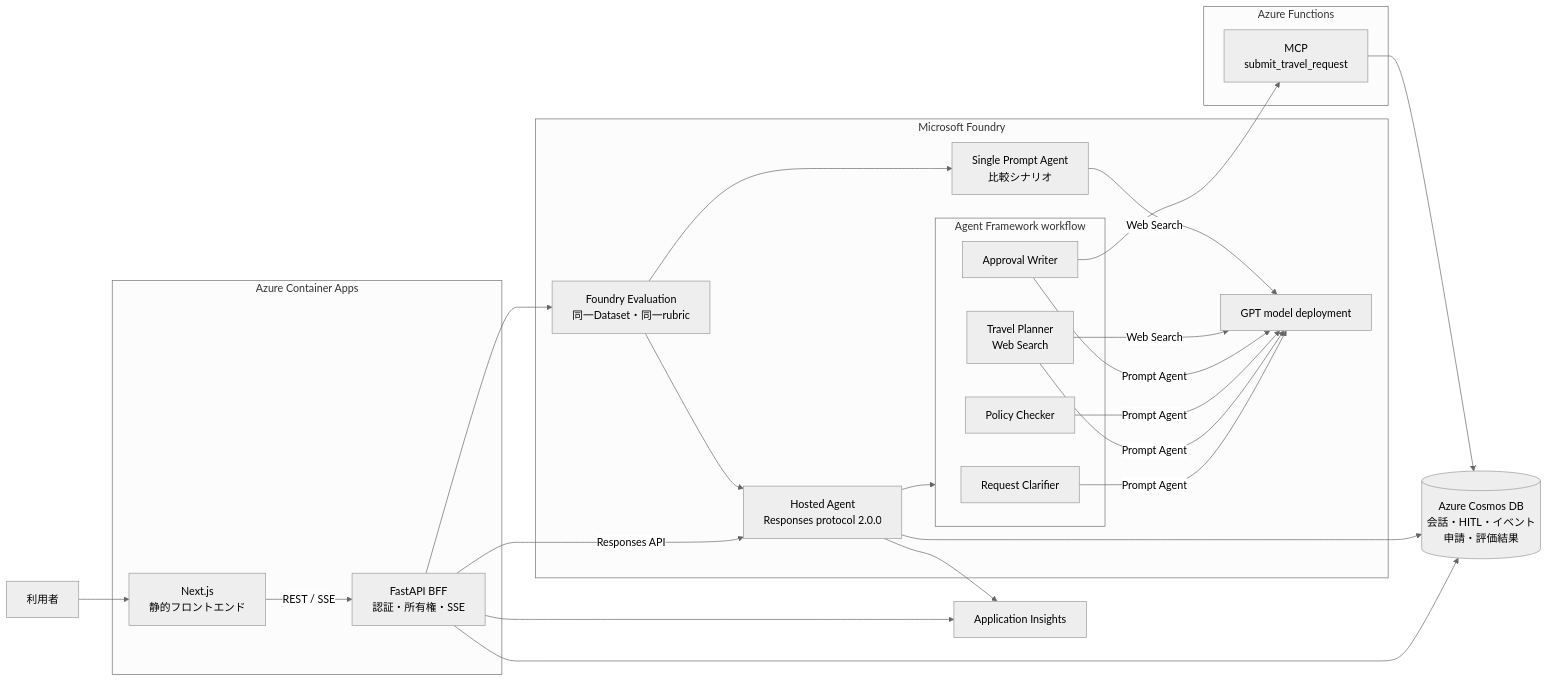
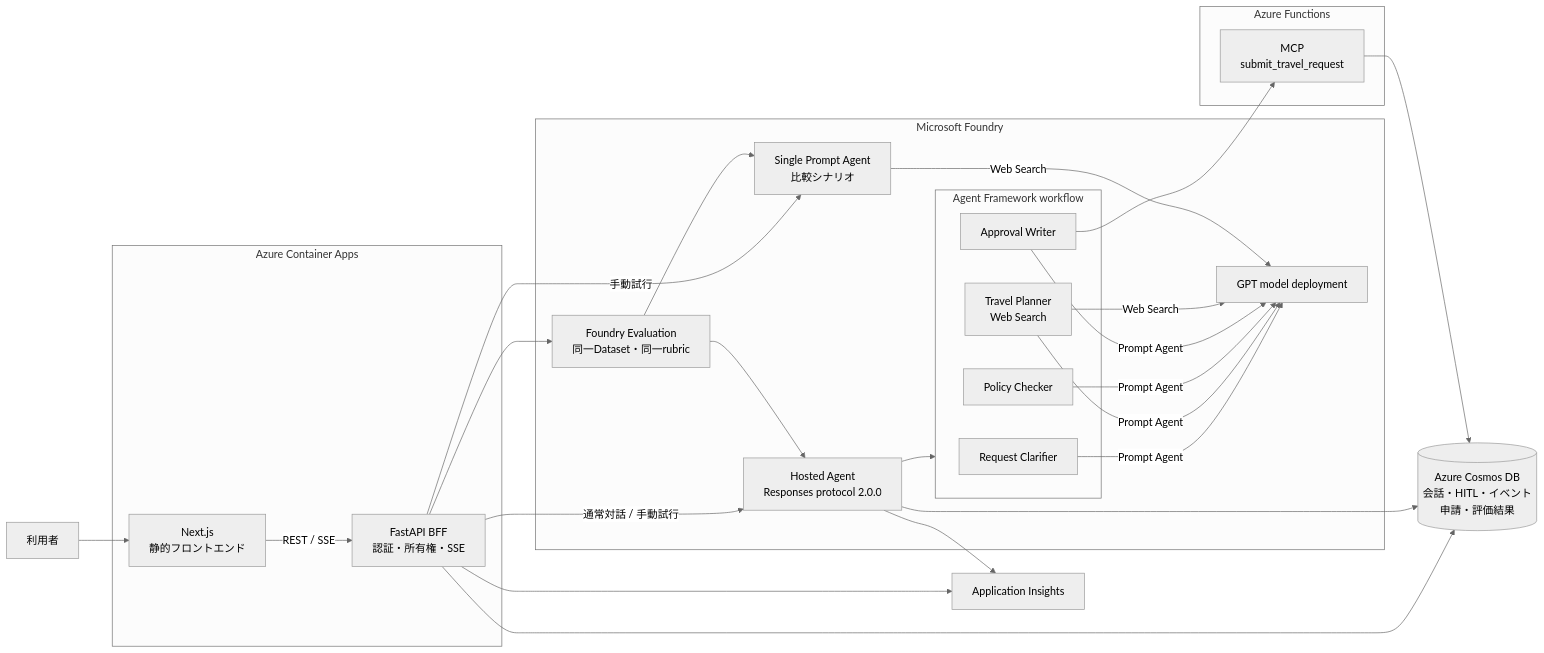
The first of 2 diagrams in README.md (teshi22/grobal_azure_demo), drawn with Mermaid (neutral theme) before and after one commit. The commit also changed other lines of this file and 15 other files, not shown here.

````diff
--- a/README.md
+++ b/README.md
@@ -11,45 +11,46 @@
 ```mermaid
 flowchart LR
     User["利用者"]
 
     subgraph CA["Azure Container Apps"]
         Web["Next.js<br/>静的フロントエンド"]
         BFF["FastAPI BFF<br/>認証・所有権・SSE"]
     end
 
     subgraph Foundry["Microsoft Foundry"]
         Host["Hosted Agent<br/>Responses protocol 2.0.0"]
         subgraph AF["Agent Framework workflow"]
             Clarifier["Request Clarifier"]
             Planner["Travel Planner<br/>Web Search"]
             Policy["Policy Checker"]
             Writer["Approval Writer"]
         end
         Single["Single Prompt Agent<br/>比較シナリオ"]
         Evaluation["Foundry Evaluation<br/>同一Dataset・同一rubric"]
         Model["GPT model deployment"]
     end
 
     subgraph Function["Azure Functions"]
         MCP["MCP<br/>submit_travel_request"]
     end
 
     Cosmos[("Azure Cosmos DB<br/>会話・HITL・イベント<br/>申請・評価結果")]
     Insights["Application Insights"]
 
     User --> Web
     Web -->|"REST / SSE"| BFF
-    BFF -->|"Responses API"| Host
+    BFF -->|"通常対話 / 手動試行"| Host
+    BFF -->|"手動試行"| Single
     Host --> AF
     Clarifier & Planner & Policy & Writer -->|"Prompt Agent"| Model
     Planner -->|"Web Search"| Model
     BFF --> Evaluation
     Evaluation --> Host
     Evaluation --> Single
     Single -->|"Web Search"| Model
     Writer --> MCP
     BFF --> Cosmos
     Host --> Cosmos
     MCP --> Cosmos
     BFF & Host --> Insights
 ```
````
